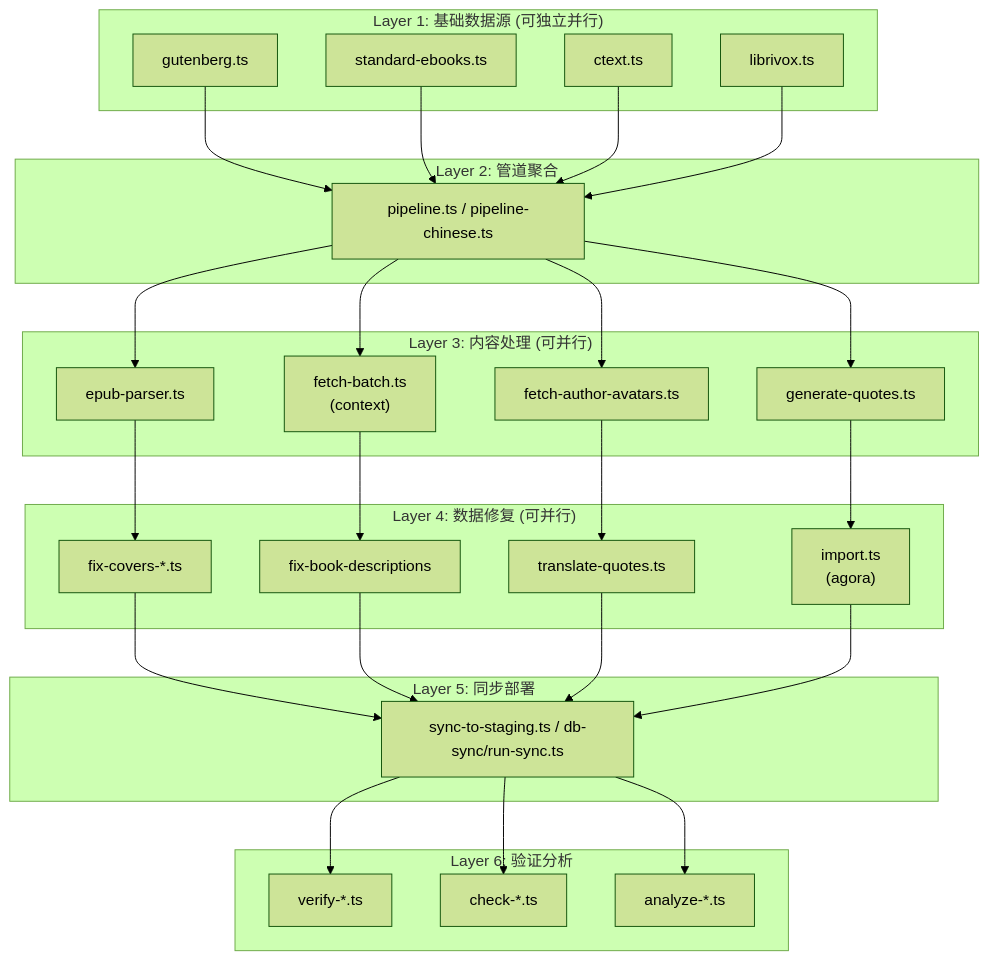
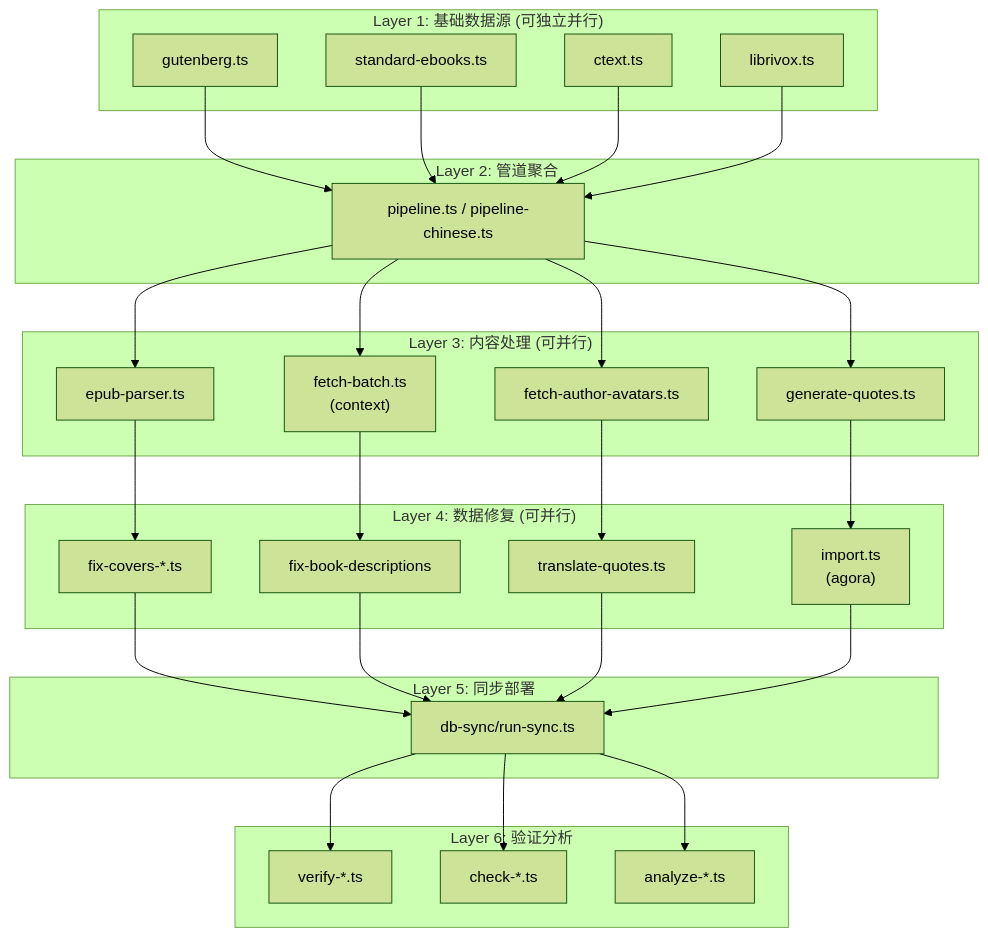
The fifth of 9 diagrams in 05-operations/automation/workflow-optimization-assessment.md (readmigo/docs), drawn with Mermaid (forest theme) before and after one commit. The commit also changed other lines of this file and 27 other files, not shown here.

First line of the commit message:
audit: remove code snippets, update to 2-env architecture across operations and pipeline docs

````diff
--- a/05-operations/automation/workflow-optimization-assessment.md
+++ b/05-operations/automation/workflow-optimization-assessment.md
@@ -235,51 +235,51 @@
 ```mermaid
 graph TD
     subgraph L1["Layer 1: 基础数据源 (可独立并行)"]
         A1["gutenberg.ts"]
         A2["standard-ebooks.ts"]
         A3["ctext.ts"]
         A4["librivox.ts"]
     end
     subgraph L2["Layer 2: 管道聚合"]
         B1["pipeline.ts / pipeline-chinese.ts"]
     end
     subgraph L3["Layer 3: 内容处理 (可并行)"]
         C1["epub-parser.ts"]
         C2["fetch-batch.ts<br>(context)"]
         C3["fetch-author-avatars.ts"]
         C4["generate-quotes.ts"]
     end
     subgraph L4["Layer 4: 数据修复 (可并行)"]
         D1["fix-covers-*.ts"]
         D2["fix-book-descriptions"]
         D3["translate-quotes.ts"]
         D4["import.ts<br>(agora)"]
     end
     subgraph L5["Layer 5: 同步部署"]
-        E1["sync-to-staging.ts / db-sync/run-sync.ts"]
+        E1["db-sync/run-sync.ts"]
     end
     subgraph L6["Layer 6: 验证分析"]
         F1["verify-*.ts"]
         F2["check-*.ts"]
         F3["analyze-*.ts"]
     end
     A1 --> B1
     A2 --> B1
     A3 --> B1
     A4 --> B1
     B1 --> C1
     B1 --> C2
     B1 --> C3
     B1 --> C4
     C1 --> D1
     C2 --> D2
     C3 --> D3
     C4 --> D4
     D1 --> E1
     D2 --> E1
     D3 --> E1
     D4 --> E1
     E1 --> F1
     E1 --> F2
     E1 --> F3
 ```
````
